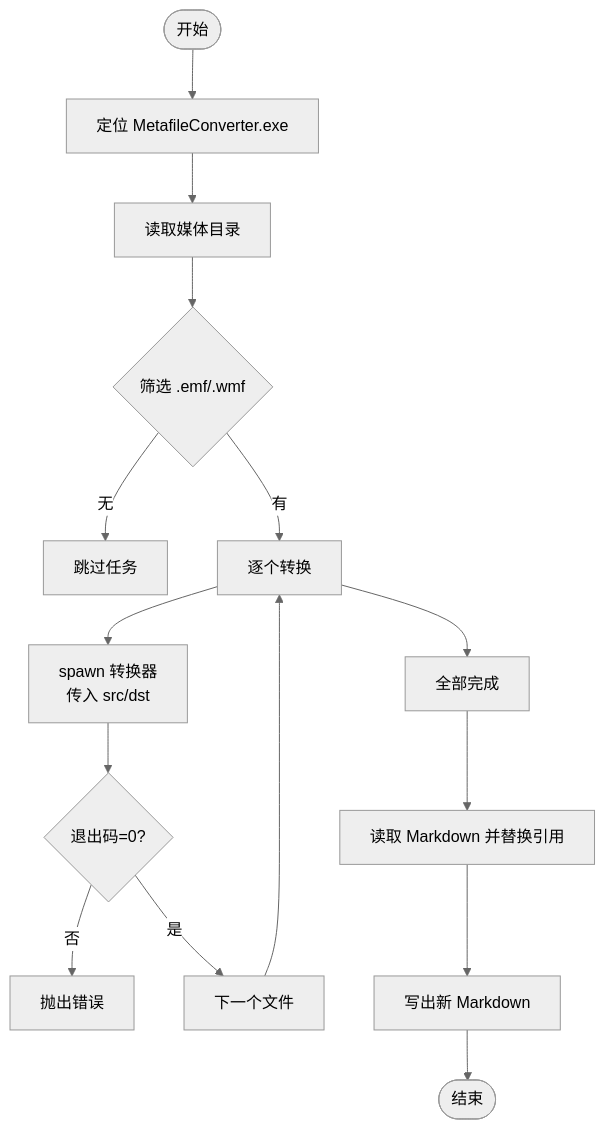
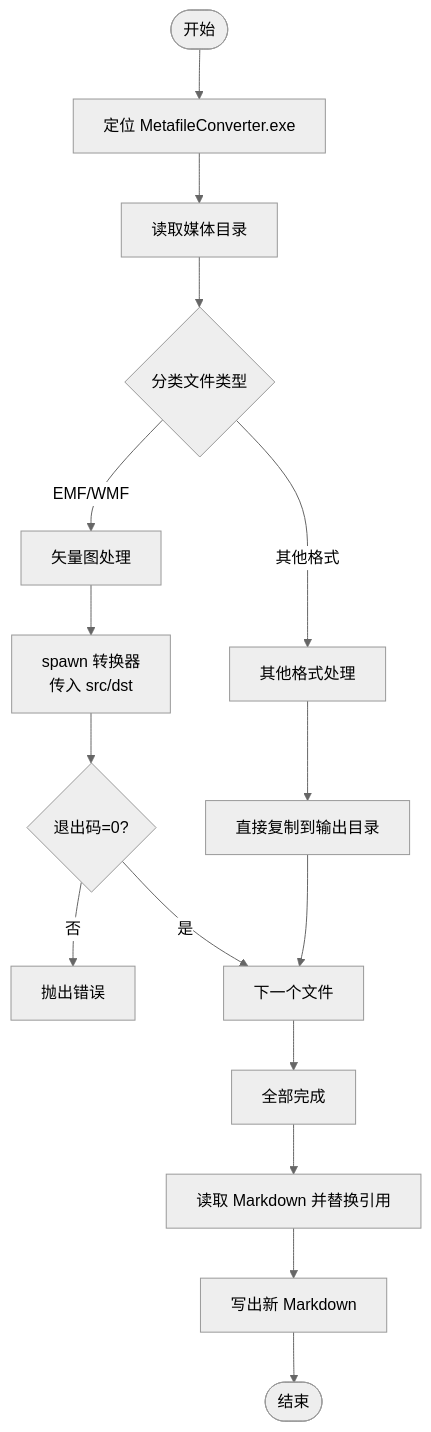
One commit to hllshiro/doc2md-cli changed the third of 9 diagrams in .qoder/repowiki/zh/content/转换模块详解/矢量图处理模块.md. Above: the diagram before and after it, drawn with Mermaid (neutral theme). The commit also changed other lines of this file and 6 other files, not shown here.

First line of the commit message:
feat(media): 扩展媒体处理支持多格式及AI图片识别

````diff
--- a/.qoder/repowiki/zh/content/转换模块详解/矢量图处理模块.md
+++ b/.qoder/repowiki/zh/content/转换模块详解/矢量图处理模块.md
@@ -165,17 +195,18 @@
 ```mermaid
 flowchart TD
 START(["开始"]) --> LOCATE["定位 MetafileConverter.exe"]
 LOCATE --> READMEDIA["读取媒体目录"]
-READMEDIA --> FILTER{"筛选 .emf/.wmf"}
-FILTER --> |无| SKIP["跳过任务"]
-FILTER --> |有| LOOP["逐个转换"]
-LOOP --> SPAWN["spawn 转换器<br/>传入 src/dst"]
+READMEDIA --> CLASSIFY{"分类文件类型"}
+CLASSIFY --> |EMF/WMF| VECTOR["矢量图处理"]
+CLASSIFY --> |其他格式| OTHER["其他格式处理"]
+VECTOR --> SPAWN["spawn 转换器<br/>传入 src/dst"]
 SPAWN --> CLOSE{"退出码=0?"}
 CLOSE --> |否| FAIL["抛出错误"]
 CLOSE --> |是| NEXT["下一个文件"]
-NEXT --> LOOP
-LOOP --> DONE["全部完成"]
+OTHER --> COPY["直接复制到输出目录"]
+COPY --> NEXT
+NEXT --> DONE["全部完成"]
 DONE --> PATCH["读取 Markdown 并替换引用"]
 PATCH --> WRITE["写出新 Markdown"]
 WRITE --> END(["结束"])
 ```
````
